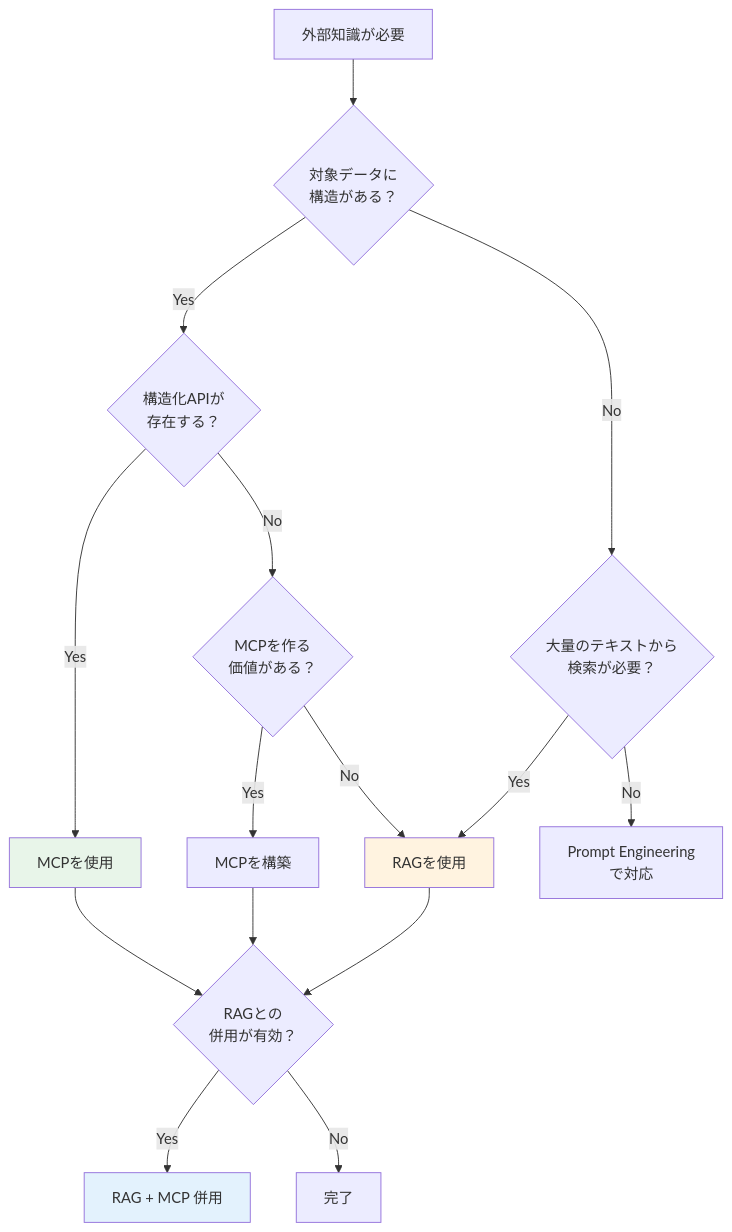
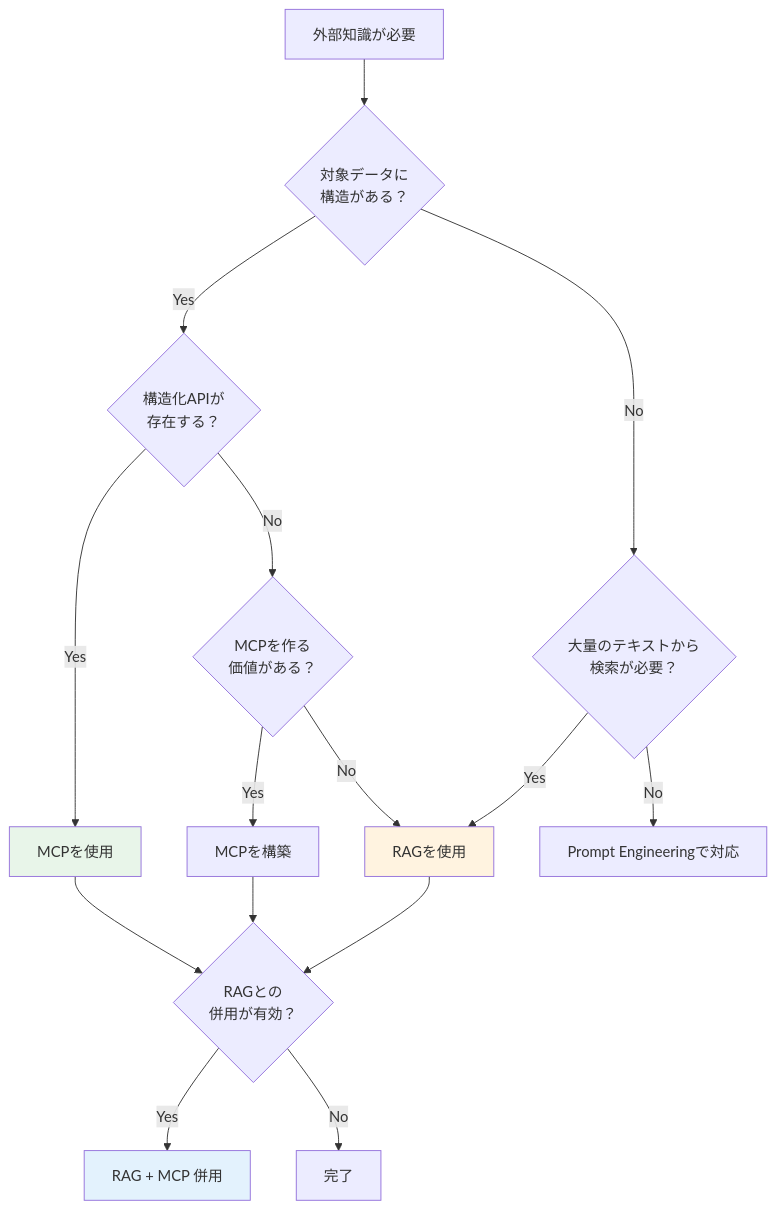
One commit to shuji-bonji/ai-agent-architecture changed the eighth of 10 diagrams in docs/concepts/04-ai-design-patterns.ja.md. Above: the diagram before and after it, drawn with Mermaid. The commit also changed other lines of this file and 16 other files, not shown here.

````diff
--- a/docs/concepts/04-ai-design-patterns.ja.md
+++ b/docs/concepts/04-ai-design-patterns.ja.md
@@ -537,27 +537,27 @@
 ```mermaid
 flowchart TB
     START[外部知識が必要] --> Q1{対象データに<br/>構造がある？}
 
     Q1 -->|Yes| Q2{構造化APIが<br/>存在する？}
     Q1 -->|No| Q3{大量のテキストから<br/>検索が必要？}
 
     Q2 -->|Yes| MCP[MCPを使用]
     Q2 -->|No| Q4{MCPを作る<br/>価値がある？}
 
     Q3 -->|Yes| RAG[RAGを使用]
-    Q3 -->|No| PE[Prompt Engineering\nで対応]
+    Q3 -->|No| PE[Prompt Engineering<bn>で対応]
 
     Q4 -->|Yes| BUILD_MCP[MCPを構築]
     Q4 -->|No| RAG
 
     MCP --> COMBINE{RAGとの<br/>併用が有効？}
     RAG --> COMBINE
     BUILD_MCP --> COMBINE
 
     COMBINE -->|Yes| BOTH[RAG + MCP 併用]
     COMBINE -->|No| DONE[完了]
 
     style MCP fill:#e8f5e9,color:#333
     style RAG fill:#fff3e0,color:#333
     style BOTH fill:#e3f2fd,color:#333
 ```
````
